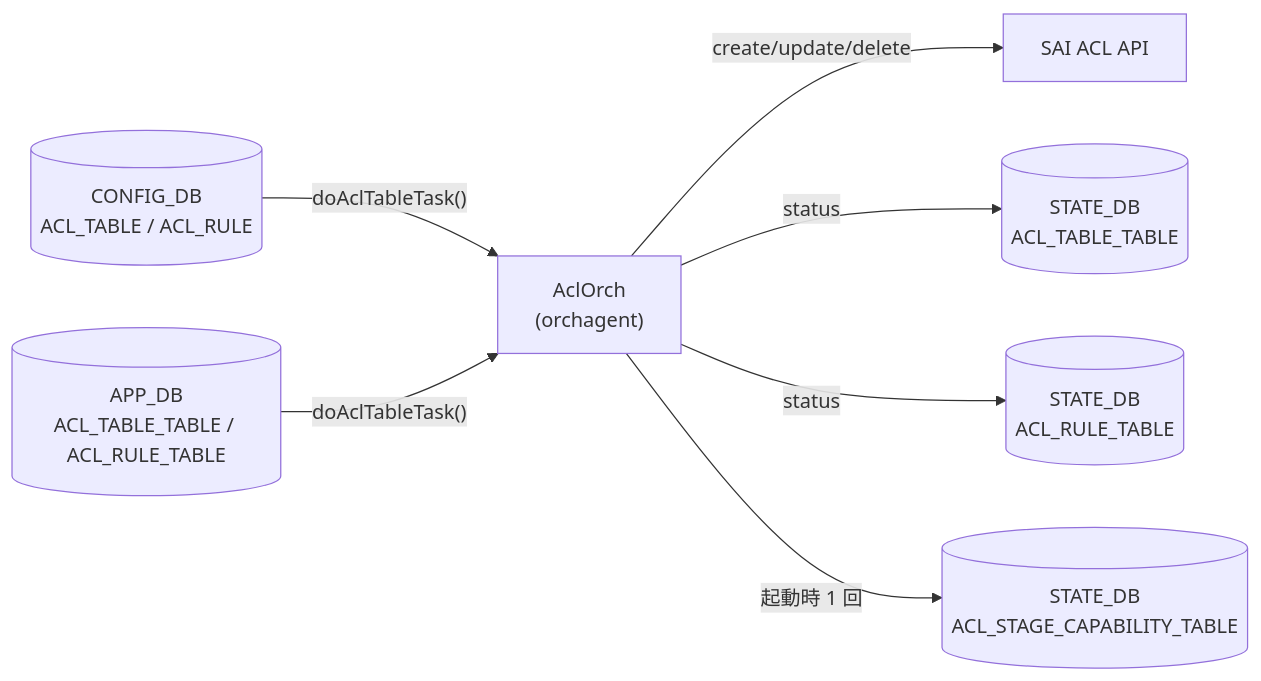
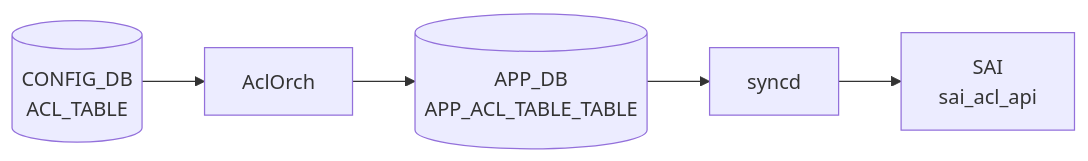
One commit to aoki-taquan/sonic-unofficial-docs changed the diagram in docs/reference/config-db/aclorch-state.md. Above: the diagram before and after it, drawn with Mermaid. The commit also changed other lines of this file and 359 other files, not shown here.

````diff
--- a/docs/reference/config-db/aclorch-state.md
+++ b/docs/reference/config-db/aclorch-state.md
@@ -46,17 +46,12 @@
 ```mermaid
 flowchart LR
-  CFG[("CONFIG_DB<br/>ACL_TABLE / ACL_RULE")]
-  APP[("APP_DB<br/>ACL_TABLE_TABLE / ACL_RULE_TABLE")]
-  OA["AclOrch<br/>(orchagent)"]
-  SAI["SAI ACL API"]
-  STATE_T[("STATE_DB<br/>ACL_TABLE_TABLE")]
-  STATE_R[("STATE_DB<br/>ACL_RULE_TABLE")]
-  STATE_C[("STATE_DB<br/>ACL_STAGE_CAPABILITY_TABLE")]
-
-  CFG -->|"doAclTableTask()"| OA
-  APP -->|"doAclTableTask()"| OA
-  OA -->|"create/update/delete"| SAI
-  OA -->|"status"| STATE_T
-  OA -->|"status"| STATE_R
-  OA -->|"起動時 1 回"| STATE_C
+  CDB[("CONFIG_DB<br/>ACL_TABLE")]
+  DM["AclOrch"]
+  CDB --> DM
+  APPDB[("APP_DB<br/>APP_ACL_TABLE_TABLE")]
+  DM --> APPDB
+  SYNCD["syncd"]
+  APPDB --> SYNCD
+  SAI["SAI<br/>sai_acl_api"]
+  SYNCD --> SAI
 ```
````
